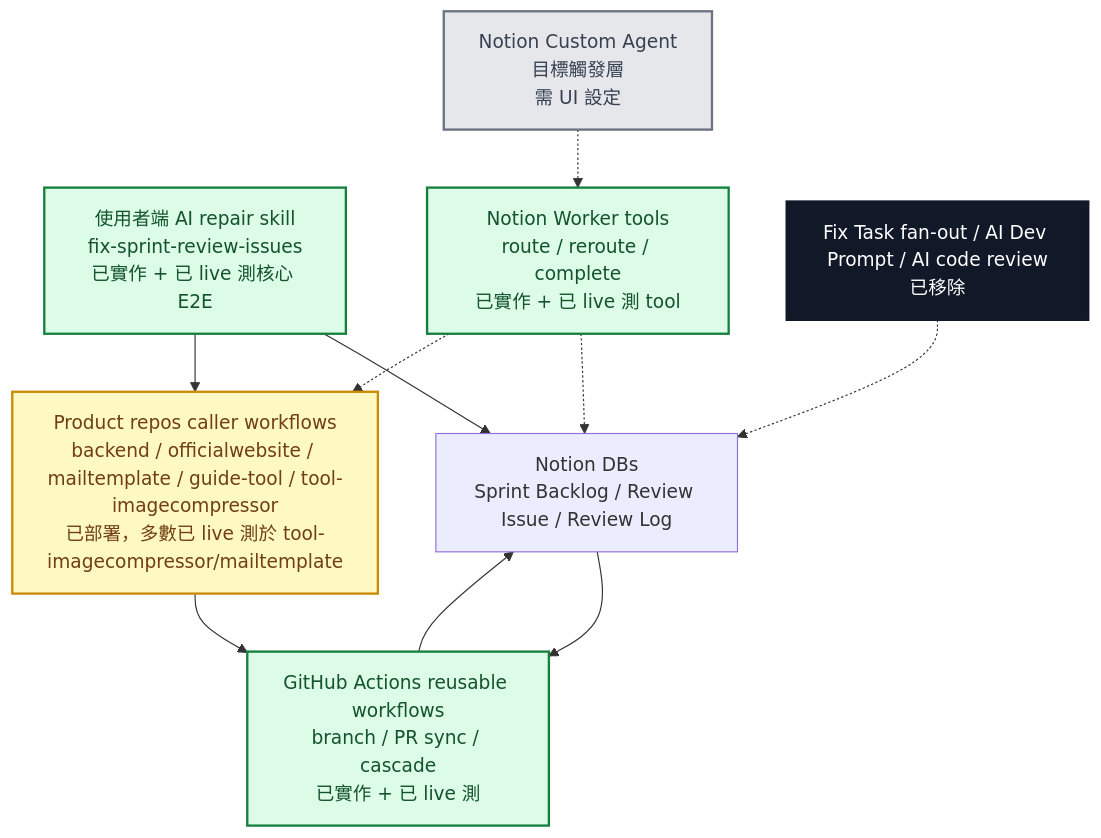
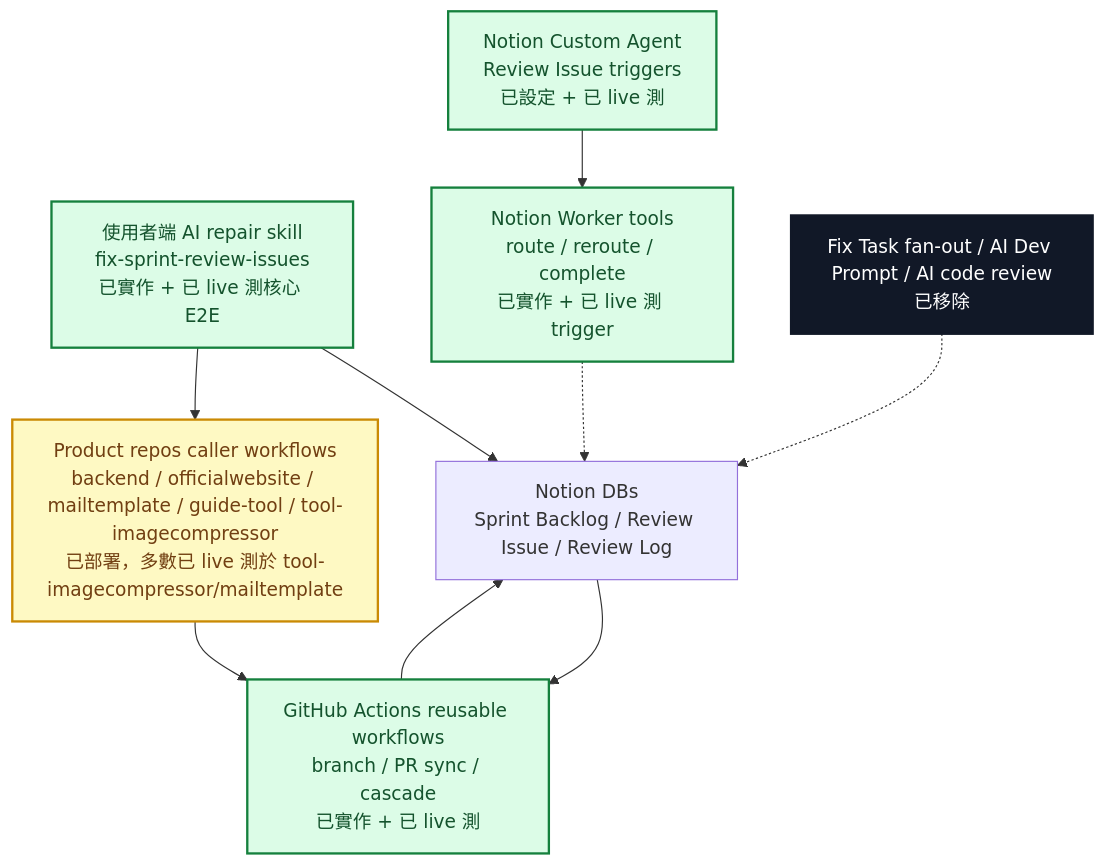
Before and after one commit to ARTOGO/github-docs: the second of 8 diagrams in docs/notion-automation-flow-map.md, drawn with Mermaid. The commit also changed other lines of this file and 9 other files, not shown here.

Commit message:
Complete Notion Worker agent flow validation

````diff
--- a/docs/notion-automation-flow-map.md
+++ b/docs/notion-automation-flow-map.md
@@ -47,22 +47,20 @@
 ```mermaid
 flowchart TD
   notion["Notion DBs<br/>Sprint Backlog / Review Issue / Review Log"] --> ghActions["GitHub Actions reusable workflows<br/>branch / PR sync / cascade<br/>已實作 + 已 live 測"]
   productRepos["Product repos caller workflows<br/>backend / officialwebsite / mailtemplate / guide-tool / tool-imagecompressor<br/>已部署，多數已 live 測於 tool-imagecompressor/mailtemplate"] --> ghActions
   userAI["使用者端 AI repair skill<br/>fix-sprint-review-issues<br/>已實作 + 已 live 測核心 E2E"] --> notion
   userAI --> productRepos
   ghActions --> notion
-  notionAgent["Notion Custom Agent<br/>目標觸發層<br/>需 UI 設定"] -.-> worker["Notion Worker tools<br/>route / reroute / complete<br/>已實作 + 已 live 測 tool"]
+  notionAgent["Notion Custom Agent<br/>Review Issue triggers<br/>已設定 + 已 live 測"] --> worker["Notion Worker tools<br/>route / reroute / complete<br/>已實作 + 已 live 測 trigger"]
   worker -.-> notion
-  worker -.-> productRepos
   legacy["Fix Task fan-out / AI Dev Prompt / AI code review<br/>已移除"] -.-> notion
 
   classDef done fill:#dcfce7,stroke:#15803d,color:#14532d,stroke-width:2px
   classDef partial fill:#fef9c3,stroke:#ca8a04,color:#713f12,stroke-width:2px
   classDef todo fill:#e5e7eb,stroke:#6b7280,color:#374151,stroke-width:2px
   classDef removed fill:#111827,stroke:#111827,color:#ffffff,stroke-width:2px
 
-  class ghActions,userAI,worker done
+  class ghActions,userAI,worker,notionAgent done
   class productRepos partial
-  class notionAgent todo
   class legacy removed
 ```
````
